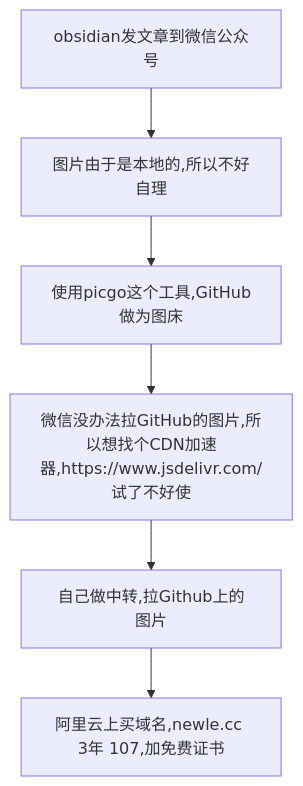
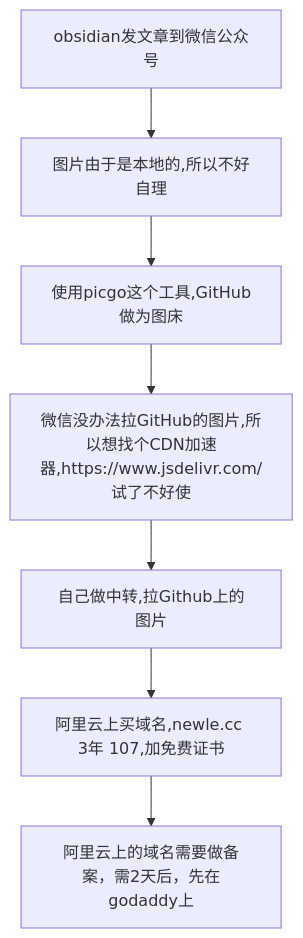
One commit to newle/newle.github.io changed the diagram in z_daily/2022-12-27.md. Above: the diagram before and after it, drawn with Mermaid.

Commit message:
vault backup: 2022-12-27 01:50:33

````diff
--- a/z_daily/2022-12-27.md
+++ b/z_daily/2022-12-27.md
@@ -2,10 +2,11 @@
 ```mermaid
 graph TD
 
 A[obsidian发文章到微信公众号] --> B[图片由于是本地的,所以不好自理]
 B --> C[使用picgo这个工具,GitHub做为图床]
 C --> D[微信没办法拉GitHub的图片,所以想找个CDN加速器,https://www.jsdelivr.com/试了不好使]
 D --> E[自己做中转,拉Github上的图片]
 E --> F[阿里云上买域名,newle.cc 3年 107,加免费证书]
+F --> G[阿里云上的域名需要做备案，需2天后，先在godaddy上]
 
 ```
````
